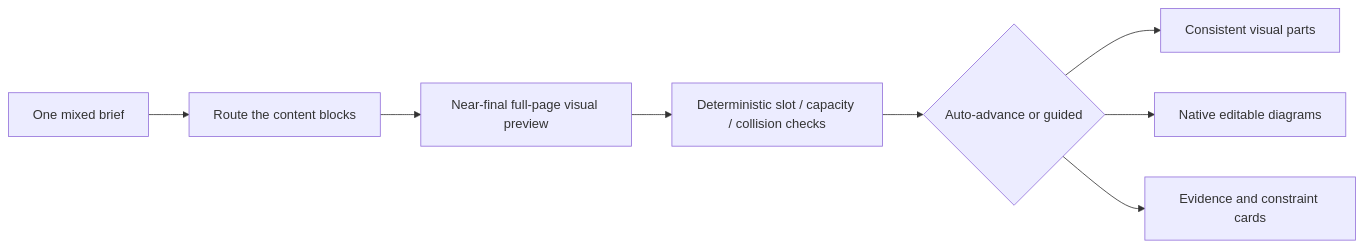
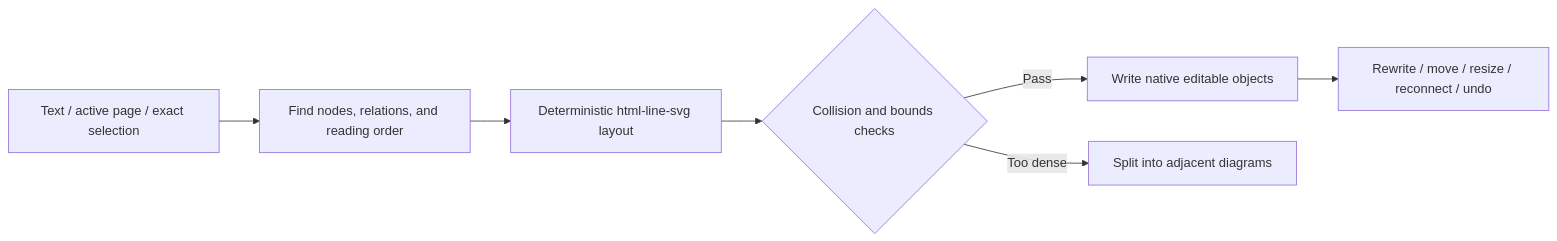
Before and after one commit to suud003/Cowart: the diagram in README.en.md, drawn with Mermaid. The commit also changed other lines of this file and 35 other files, not shown here.

Commit message:
feat: focus Yogurt AI on editable Excalidraw diagrams

````diff
--- a/README.en.md
+++ b/README.en.md
@@ -95,10 +33,9 @@
 ```mermaid
 flowchart LR
-  A["One mixed brief"] --> B["Route the content blocks"]
-  B --> C["Near-final full-page visual preview"]
-  C --> D["Deterministic slot / capacity / collision checks"]
-  D --> E{"Auto-advance or guided"}
-  E --> F["Consistent visual parts"]
-  E --> G["Native editable diagrams"]
-  E --> H["Evidence and constraint cards"]
+  A["Text / active page / exact selection"] --> B["Find nodes, relations, and reading order"]
+  B --> C["Deterministic html-line-svg layout"]
+  C --> D{"Collision and bounds checks"}
+  D -->|Pass| E["Write native editable objects"]
+  D -->|Too dense| F["Split into adjacent diagrams"]
+  E --> G["Rewrite / move / resize / reconnect / undo"]
 ```
````
